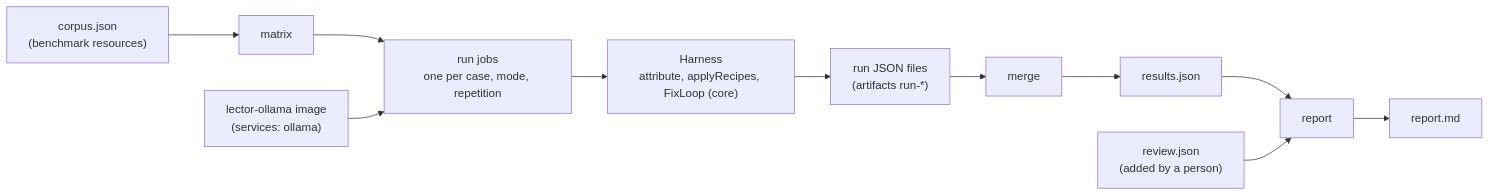
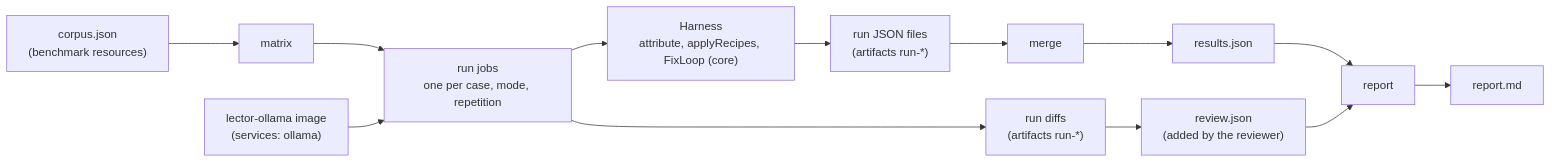
The first of 2 diagrams in docs/architecture/benchmark.md (danvan86/lector-ai), drawn with Mermaid before and after one commit. The commit also changed other lines of this file and 70 other files, not shown here.

````diff
--- a/docs/architecture/benchmark.md
+++ b/docs/architecture/benchmark.md
@@ -17,11 +17,13 @@
 ```mermaid
 flowchart LR
     corpus["corpus.json<br/>(benchmark resources)"] --> matrix["matrix"]
     matrix --> jobs["run jobs<br/>one per case, mode, repetition"]
     ollama["lector-ollama image<br/>(services: ollama)"] --> jobs
     jobs --> harness["Harness<br/>attribute, applyRecipes, FixLoop (core)"]
     harness --> runs["run JSON files<br/>(artifacts run-*)"]
     runs --> merge["merge"] --> results["results.json"]
     results --> report["report"] --> md["report.md"]
-    review["review.json<br/>(added by a person)"] --> report
+    jobs --> diffs["run diffs<br/>(artifacts run-*)"]
+    diffs --> review["review.json<br/>(added by the reviewer)"]
+    review --> report
 ```
````
